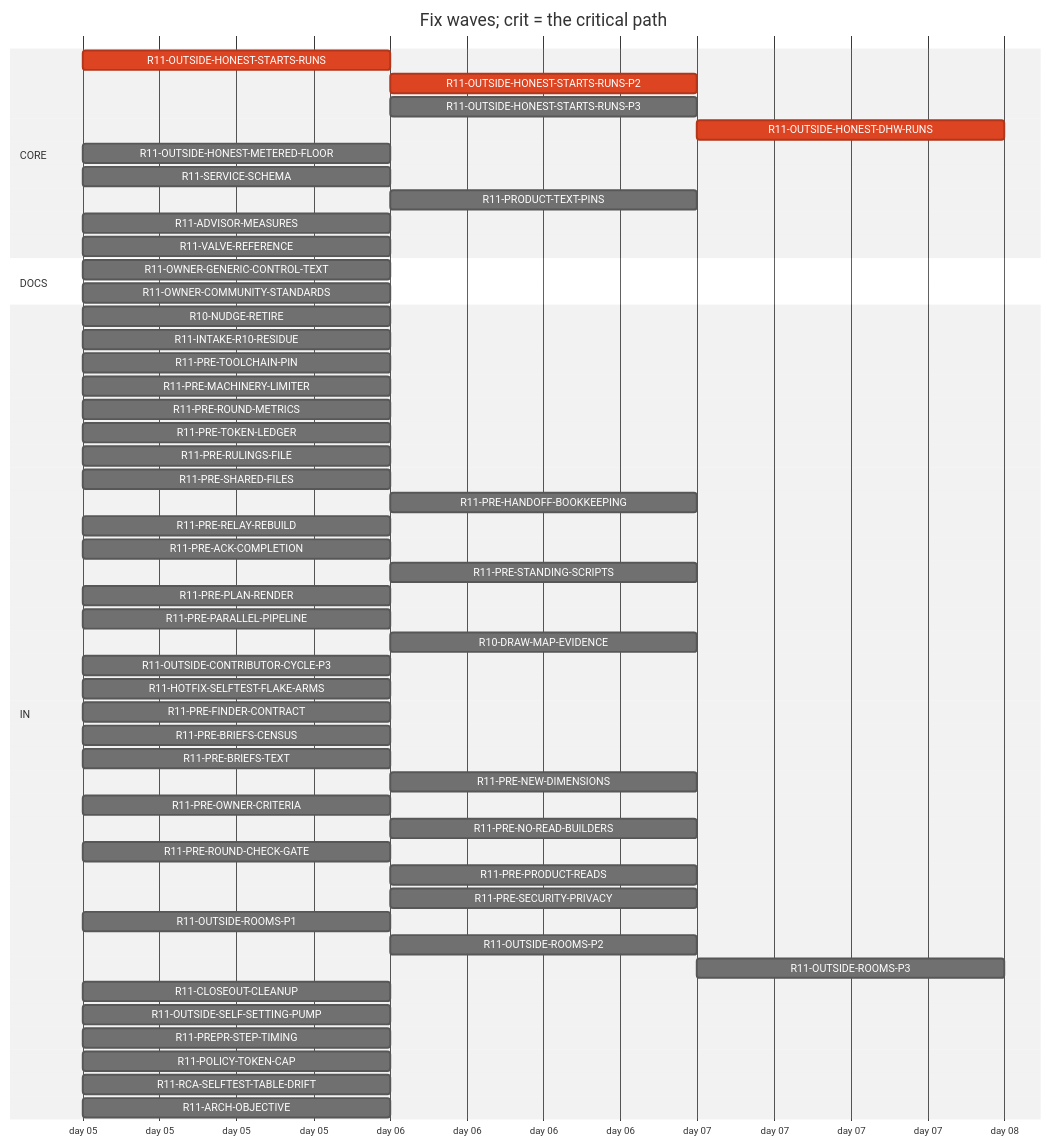
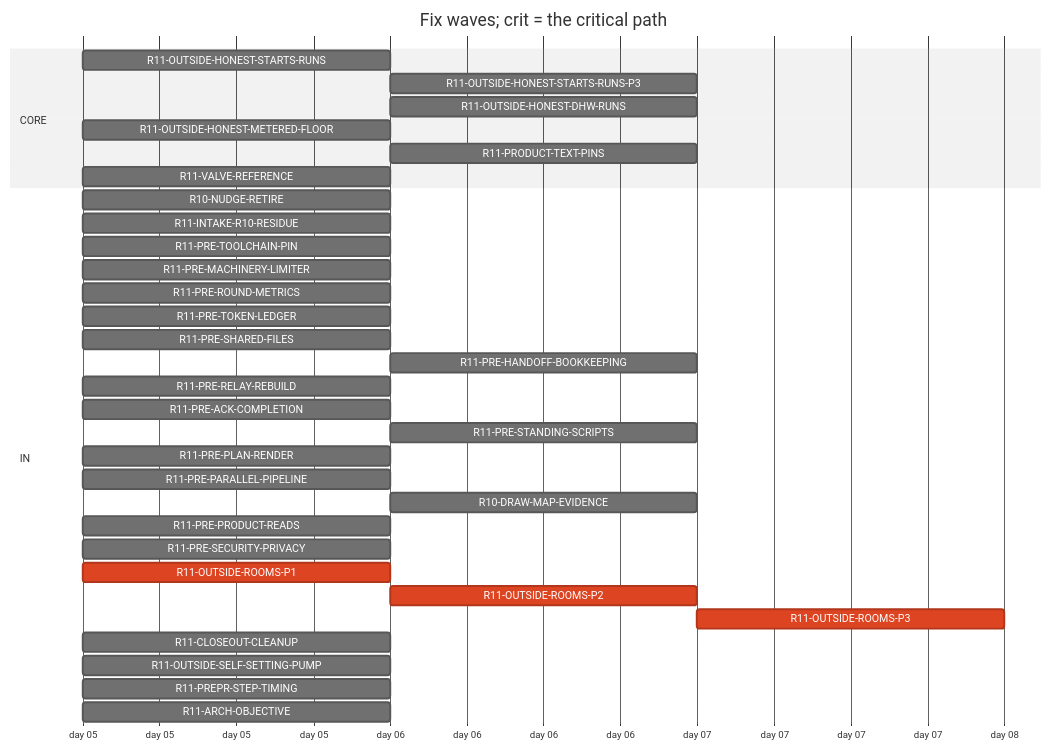
One commit to tvofi/heatpump_optimizer changed the diagram in handoff/round11/state/PLAN-TABLE.md. Above: the diagram before and after it, drawn with Mermaid (neutral theme). The commit also changed other lines of this file and 4 other files, not shown here.

Commit message:
state: FLOW-BOARD.md, NEXT-SESSION-PROMPT.md, PLAN-TABLE.md, PLAN.html, RESUME-CURRENT.md regenerated (state_docs.py)

````diff
--- a/handoff/round11/state/PLAN-TABLE.md
+++ b/handoff/round11/state/PLAN-TABLE.md
@@ -16,55 +15,37 @@
 ```mermaid
 gantt
   title Fix waves; crit = the critical path
   dateFormat YYYY-MM-DD
   axisFormat day %d
   section CORE
-    R11-OUTSIDE-HONEST-STARTS-RUNS :crit, r11OUTSIDEHONESTSTARTSRUNS, 2026-01-05, 1d
-    R11-OUTSIDE-HONEST-STARTS-RUNS-P2 :crit, r11OUTSIDEHONESTSTARTSRUNSP2, after r11OUTSIDEHONESTSTARTSRUNS, 1d
+    R11-OUTSIDE-HONEST-STARTS-RUNS :r11OUTSIDEHONESTSTARTSRUNS, 2026-01-05, 1d
     R11-OUTSIDE-HONEST-STARTS-RUNS-P3 :r11OUTSIDEHONESTSTARTSRUNSP3, after r11OUTSIDEHONESTSTARTSRUNS, 1d
-    R11-OUTSIDE-HONEST-DHW-RUNS :crit, r11OUTSIDEHONESTDHWRUNS, after r11OUTSIDEHONESTSTARTSRUNS r11OUTSIDEHONESTSTARTSRUNSP2, 1d
+    R11-OUTSIDE-HONEST-DHW-RUNS :r11OUTSIDEHONESTDHWRUNS, after r11OUTSIDEHONESTSTARTSRUNS, 1d
     R11-OUTSIDE-HONEST-METERED-FLOOR :r11OUTSIDEHONESTMETEREDFLOOR, 2026-01-05, 1d
-    R11-SERVICE-SCHEMA :r11SERVICESCHEMA, 2026-01-05, 1d
     R11-PRODUCT-TEXT-PINS :r11PRODUCTTEXTPINS, after r11OUTSIDEROOMSP1, 1d
-    R11-ADVISOR-MEASURES :r11ADVISORMEASURES, 2026-01-05, 1d
     R11-VALVE-REFERENCE :r11VALVEREFERENCE, 2026-01-05, 1d
-  section DOCS
-    R11-OWNER-GENERIC-CONTROL-TEXT :r11OWNERGENERICCONTROLTEXT, 2026-01-05, 1d
-    R11-OWNER-COMMUNITY-STANDARDS :r11OWNERCOMMUNITYSTANDARDS, 2026-01-05, 1d
   section IN
     R10-NUDGE-RETIRE :r10NUDGERETIRE, 2026-01-05, 1d
     R11-INTAKE-R10-RESIDUE :r11INTAKER10RESIDUE, 2026-01-05, 1d
     R11-PRE-TOOLCHAIN-PIN :r11PRETOOLCHAINPIN, 2026-01-05, 1d
     R11-PRE-MACHINERY-LIMITER :r11PREMACHINERYLIMITER, 2026-01-05, 1d
     R11-PRE-ROUND-METRICS :r11PREROUNDMETRICS, 2026-01-05, 1d
     R11-PRE-TOKEN-LEDGER :r11PRETOKENLEDGER, 2026-01-05, 1d
-    R11-PRE-RULINGS-FILE :r11PRERULINGSFILE, 2026-01-05, 1d
     R11-PRE-SHARED-FILES :r11PRESHAREDFILES, 2026-01-05, 1d
     R11-PRE-HANDOFF-BOOKKEEPING :r11PREHANDOFFBOOKKEEPING, after r11PRERELAYREBUILD, 1d
     R11-PRE-RELAY-REBUILD :r11PRERELAYREBUILD, 2026-01-05, 1d
     R11-PRE-ACK-COMPLETION :r11PREACKCOMPLETION, 2026-01-05, 1d
     R11-PRE-STANDING-SCRIPTS :r11PRESTANDINGSCRIPTS, after r11PREPARALLELPIPELINE, 1d
     R11-PRE-PLAN-RENDER :r11PREPLANRENDER, 2026-01-05, 1d
     R11-PRE-PARALLEL-PIPELINE :r11PREPARALLELPIPELINE, 2026-01-05, 1d
     R10-DRAW-MAP-EVIDENCE :r10DRAWMAPEVIDENCE, after r11OUTSIDESELFSETTINGPUMP, 1d
-    R11-OUTSIDE-CONTRIBUTOR-CYCLE-P3 :r11OUTSIDECONTRIBUTORCYCLEP3, 2026-01-05, 1d
-    R11-HOTFIX-SELFTEST-FLAKE-ARMS :r11HOTFIXSELFTESTFLAKEARMS, 2026-01-05, 1d
-    R11-PRE-FINDER-CONTRACT :r11PREFINDERCONTRACT, 2026-01-05, 1d
-    R11-PRE-BRIEFS-CENSUS :r11PREBRIEFSCENSUS, 2026-01-05, 1d
-    R11-PRE-BRIEFS-TEXT :r11PREBRIEFSTEXT, 2026-01-05, 1d
-    R11-PRE-NEW-DIMENSIONS :r11PRENEWDIMENSIONS, after r11PREFINDERCONTRACT r11PREBRIEFSCENSUS, 1d
-    R11-PRE-OWNER-CRITERIA :r11PREOWNERCRITERIA, 2026-01-05, 1d
-    R11-PRE-NO-READ-BUILDERS :r11PRENOREADBUILDERS, after r11PREMACHINERYLIMITER, 1d
-    R11-PRE-ROUND-CHECK-GATE :r11PREROUNDCHECKGATE, 2026-01-05, 1d
-    R11-PRE-PRODUCT-READS :r11PREPRODUCTREADS, after r11PREBRIEFSCENSUS, 1d
-    R11-PRE-SECURITY-PRIVACY :r11PRESECURITYPRIVACY, after r11PREFINDERCONTRACT r11PREBRIEFSCENSUS, 1d
-    R11-OUTSIDE-ROOMS-P1 :r11OUTSIDEROOMSP1, 2026-01-05, 1d
-    R11-OUTSIDE-ROOMS-P2 :r11OUTSIDEROOMSP2, after r11OUTSIDEROOMSP1, 1d
-    R11-OUTSIDE-ROOMS-P3 :r11OUTSIDEROOMSP3, after r11OUTSIDEROOMSP2, 1d
+    R11-PRE-PRODUCT-READS :r11PREPRODUCTREADS, 2026-01-05, 1d
+    R11-PRE-SECURITY-PRIVACY :r11PRESECURITYPRIVACY, 2026-01-05, 1d
+    R11-OUTSIDE-ROOMS-P1 :crit, r11OUTSIDEROOMSP1, 2026-01-05, 1d
+    R11-OUTSIDE-ROOMS-P2 :crit, r11OUTSIDEROOMSP2, after r11OUTSIDEROOMSP1, 1d
+    R11-OUTSIDE-ROOMS-P3 :crit, r11OUTSIDEROOMSP3, after r11OUTSIDEROOMSP2, 1d
     R11-CLOSEOUT-CLEANUP :r11CLOSEOUTCLEANUP, 2026-01-05, 1d
     R11-OUTSIDE-SELF-SETTING-PUMP :r11OUTSIDESELFSETTINGPUMP, 2026-01-05, 1d
     R11-PREPR-STEP-TIMING :r11PREPRSTEPTIMING, 2026-01-05, 1d
-    R11-POLICY-TOKEN-CAP :r11POLICYTOKENCAP, 2026-01-05, 1d
-    R11-RCA-SELFTEST-TABLE-DRIFT :r11RCASELFTESTTABLEDRIFT, 2026-01-05, 1d
     R11-ARCH-OBJECTIVE :r11ARCHOBJECTIVE, 2026-01-05, 1d
 ```
````
